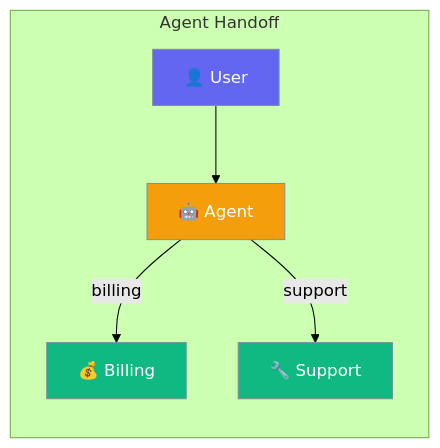
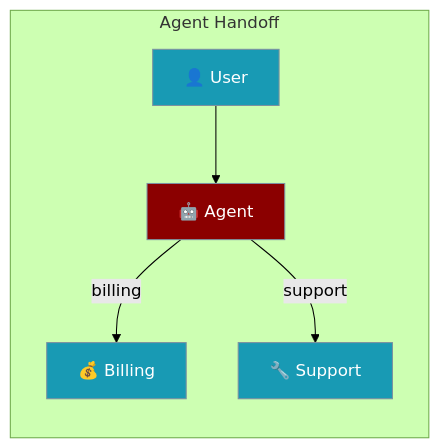
Before and after one commit to MervinPraison/PraisonAIDocs: the first of 2 diagrams in docs/js/handoffs.mdx, drawn with Mermaid (forest theme). The commit also changed 19 other files, not shown here.

````diff
--- a/docs/js/handoffs.mdx
+++ b/docs/js/handoffs.mdx
@@ -10,16 +10,13 @@
 ```mermaid
 graph LR
     subgraph "Agent Handoff"
         A[👤 User] --> B[🤖 Agent]
         B -->|"billing"| C[💰 Billing]
         B -->|"support"| D[🔧 Support]
     end
-    
-    classDef user fill:#6366F1,stroke:#7C90A0,color:#fff
-    classDef agent fill:#F59E0B,stroke:#7C90A0,color:#fff
-    classDef specialist fill:#10B981,stroke:#7C90A0,color:#fff
-    
-    class A user
+
+    classDef agent fill:#8B0000,stroke:#7C90A0,color:#fff
+    classDef tool fill:#189AB4,stroke:#7C90A0,color:#fff
     class B agent
-    class C,D specialist
+    class A,C,D tool
 ```
````
